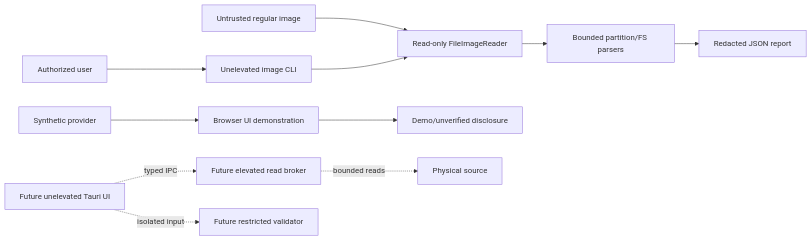
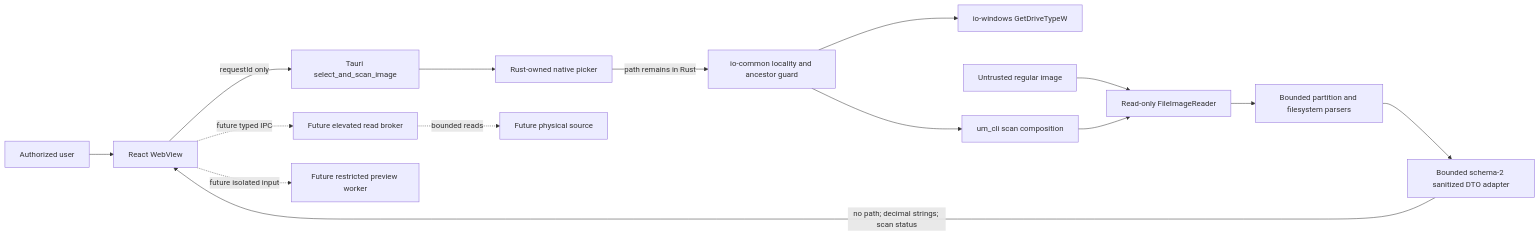
The diagram in docs/threat-model/THREAT_MODEL.md (Fscarpelli/Undelete-Master), drawn with Mermaid before and after one commit. The commit also changed other lines of this file and 120 other files, not shown here.

````diff
--- a/docs/threat-model/THREAT_MODEL.md
+++ b/docs/threat-model/THREAT_MODEL.md
@@ -14,15 +15,18 @@
 ```mermaid
 flowchart LR
-    User["Authorized user"] --> CLI["Unelevated image CLI"]
+    User["Authorized user"] --> WebView["React WebView"]
+    WebView -->|"requestId only"| Command["Tauri select_and_scan_image"]
+    Command --> Picker["Rust-owned native picker"]
+    Picker -->|"path remains in Rust"| Guard["io-common locality and ancestor guard"]
+    Guard --> WindowsFFI["io-windows GetDriveTypeW"]
+    Guard --> CLI["um_cli scan composition"]
     Image["Untrusted regular image"] --> Reader["Read-only FileImageReader"]
     CLI --> Reader
-    Reader --> Parsers["Bounded partition/FS parsers"]
-    Parsers --> Report["Redacted JSON report"]
+    Reader --> Parsers["Bounded partition and filesystem parsers"]
+    Parsers --> Adapter["Bounded schema-2 sanitized DTO adapter"]
+    Adapter -->|"no path; decimal strings; scan status"| WebView
 
-    Demo["Synthetic provider"] --> UI["Browser UI demonstration"]
-    UI --> Banner["Demo/unverified disclosure"]
-
-    FutureUI["Future unelevated Tauri UI"] -. typed IPC .-> Broker["Future elevated read broker"]
-    Broker -. bounded reads .-> Device["Physical source"]
-    FutureUI -. isolated input .-> Worker["Future restricted validator"]
+    WebView -. "future typed IPC" .-> Broker["Future elevated read broker"]
+    Broker -. "bounded reads" .-> Device["Future physical source"]
+    WebView -. "future isolated input" .-> Worker["Future restricted preview worker"]
 ```
````
